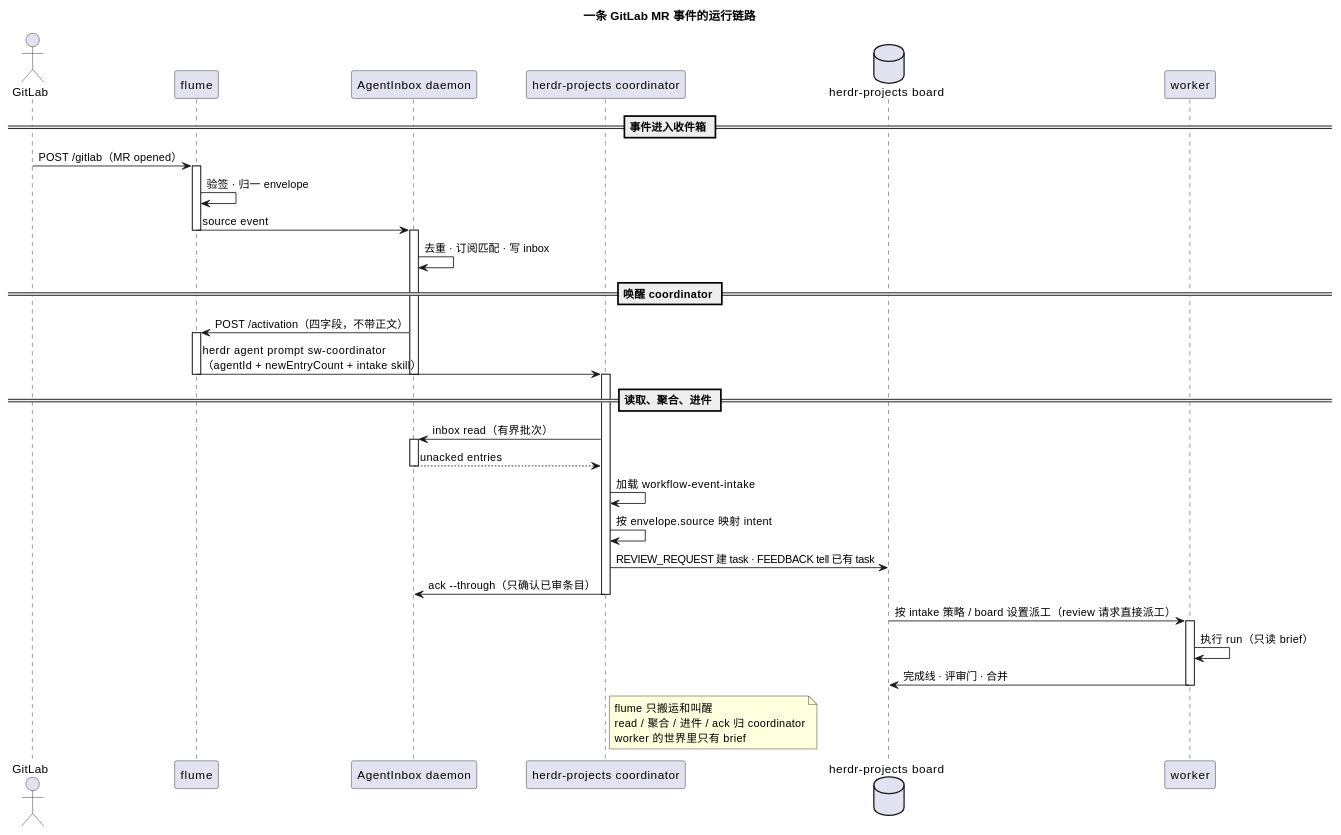
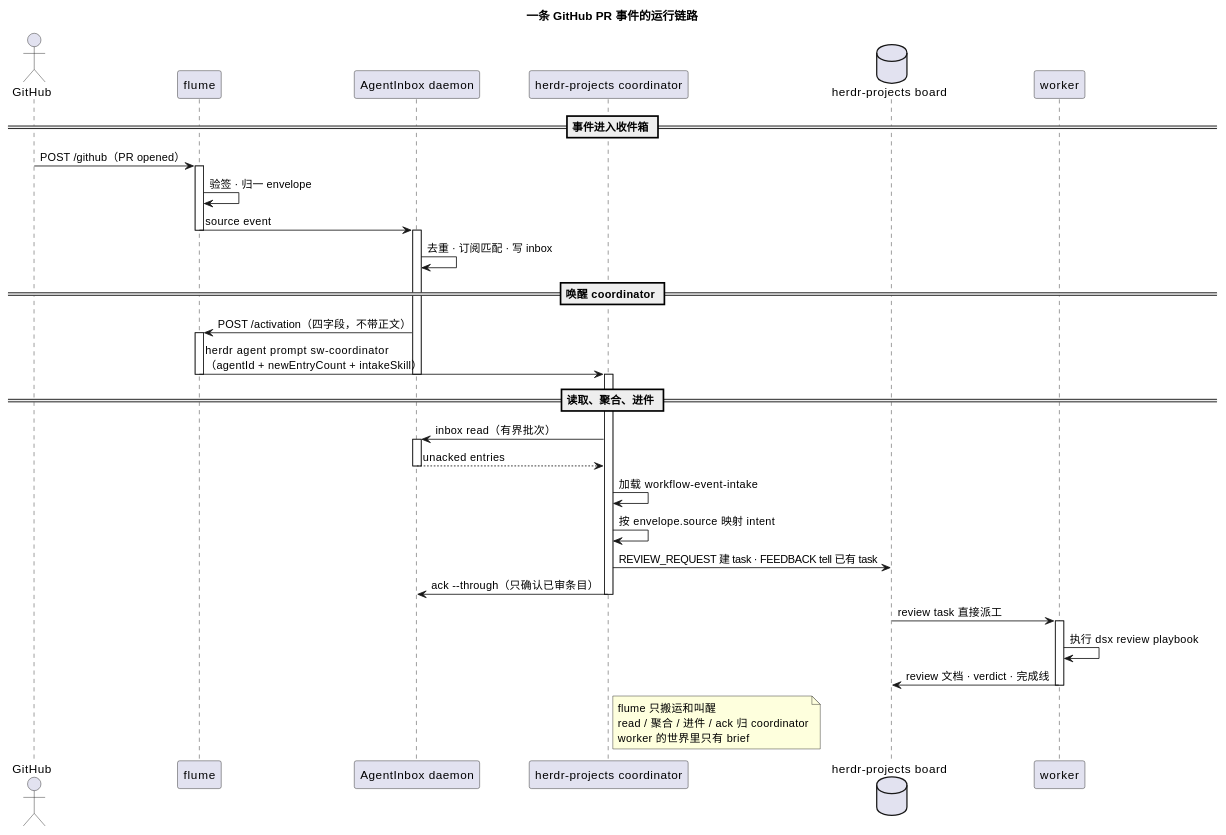
The diagram in docs/USAGE.md (iodone/flume), drawn with PlantUML before and after one commit. The commit also changed other lines of this file and 15 other files, not shown here.

Commit message:
feat(github): add GitHub adapter and GitHub-first setup docs

````diff
--- a/docs/USAGE.md
+++ b/docs/USAGE.md
@@ -188,53 +198,53 @@
 ```plantuml
 @startuml
-title 一条 GitLab MR 事件的运行链路
+title 一条 GitHub PR 事件的运行链路
 
-actor       "GitLab"                      as GL
+actor       "GitHub"                      as GH
 participant "flume"                       as FL
 participant "AgentInbox daemon"           as AI
 participant "herdr-projects coordinator"  as CO
 database    "herdr-projects board"        as BD
 participant "worker"                      as WK
 
 == 事件进入收件箱 ==
-GL -> FL : POST /gitlab（MR opened）
+GH -> FL : POST /github（PR opened）
 activate FL
 FL -> FL : 验签 · 归一 envelope
 FL -> AI : source event
 deactivate FL
 activate AI
 AI -> AI : 去重 · 订阅匹配 · 写 inbox
 
 == 唤醒 coordinator ==
 AI -> FL : POST /activation（四字段，不带正文）
 activate FL
-FL -> CO : herdr agent prompt sw-coordinator\n（agentId + newEntryCount + intake skill）
+FL -> CO : herdr agent prompt sw-coordinator\n（agentId + newEntryCount + intakeSkill）
 deactivate FL
 deactivate AI
 
 == 读取、聚合、进件 ==
 activate CO
 CO -> AI : inbox read（有界批次）
 activate AI
 AI --> CO : unacked entries
 deactivate AI
 CO -> CO : 加载 workflow-event-intake
 CO -> CO : 按 envelope.source 映射 intent
 CO -> BD : REVIEW_REQUEST 建 task · FEEDBACK tell 已有 task
 CO -> AI : ack --through（只确认已审条目）
 deactivate CO
 
-BD -> WK : 按 intake 策略 / board 设置派工（review 请求直接派工）
+BD -> WK : review task 直接派工
 activate WK
-WK -> WK : 执行 run（只读 brief）
-WK -> BD : 完成线 · 评审门 · 合并
+WK -> WK : 执行 dsx review playbook
+WK -> BD : review 文档 · verdict · 完成线
 deactivate WK
 
 note right of CO
   flume 只搬运和叫醒
   read / 聚合 / 进件 / ack 归 coordinator
   worker 的世界里只有 brief
 end note
 
 @enduml
 ```
````
